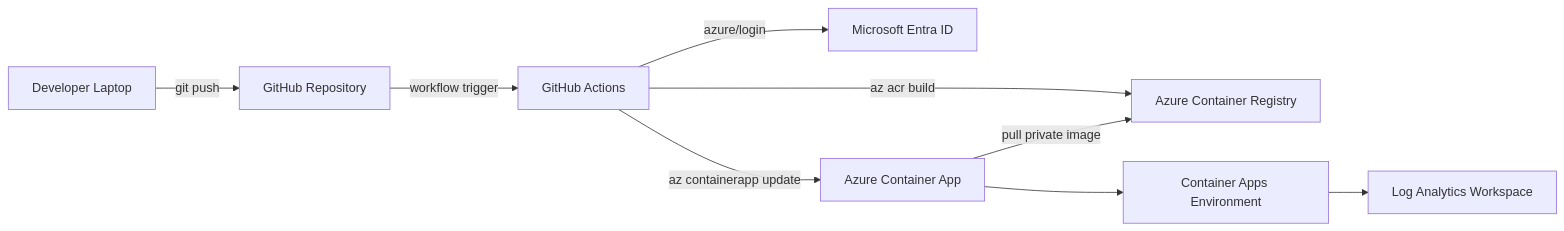
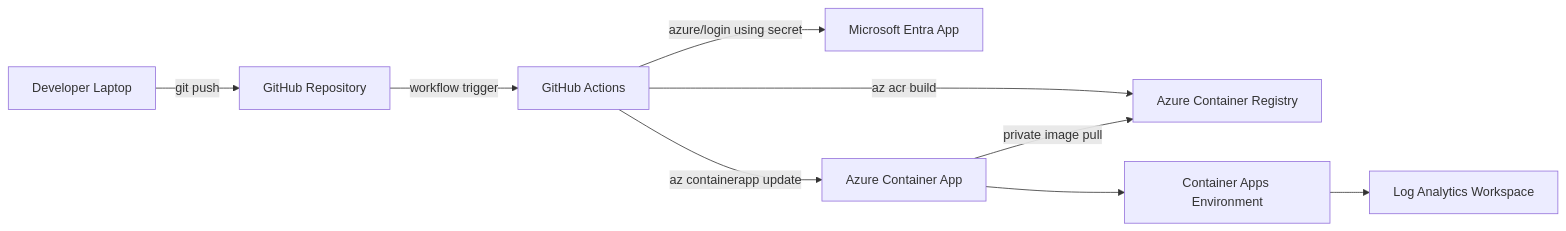
One commit to anandprabhusk/azure-container-apps-ci-cd changed the first of 2 diagrams in README.md. Above: the diagram before and after it, drawn with Mermaid. The commit also changed other lines of this file, not shown here.

````diff
--- a/README.md
+++ b/README.md
@@ -50,13 +58,13 @@
 ```mermaid
 flowchart LR
   Dev[Developer Laptop] -->|git push| GH[GitHub Repository]
   GH -->|workflow trigger| GA[GitHub Actions]
 
-  GA -->|azure/login| AAD[Microsoft Entra ID]
+  GA -->|azure/login using secret| AAD[Microsoft Entra App]
   GA -->|az acr build| ACR[Azure Container Registry]
   GA -->|az containerapp update| ACA[Azure Container App]
 
-  ACA -->|pull private image| ACR
+  ACA -->|private image pull| ACR
   ACA --> ENV[Container Apps Environment]
   ENV --> LAW[Log Analytics Workspace]
 ```
````
